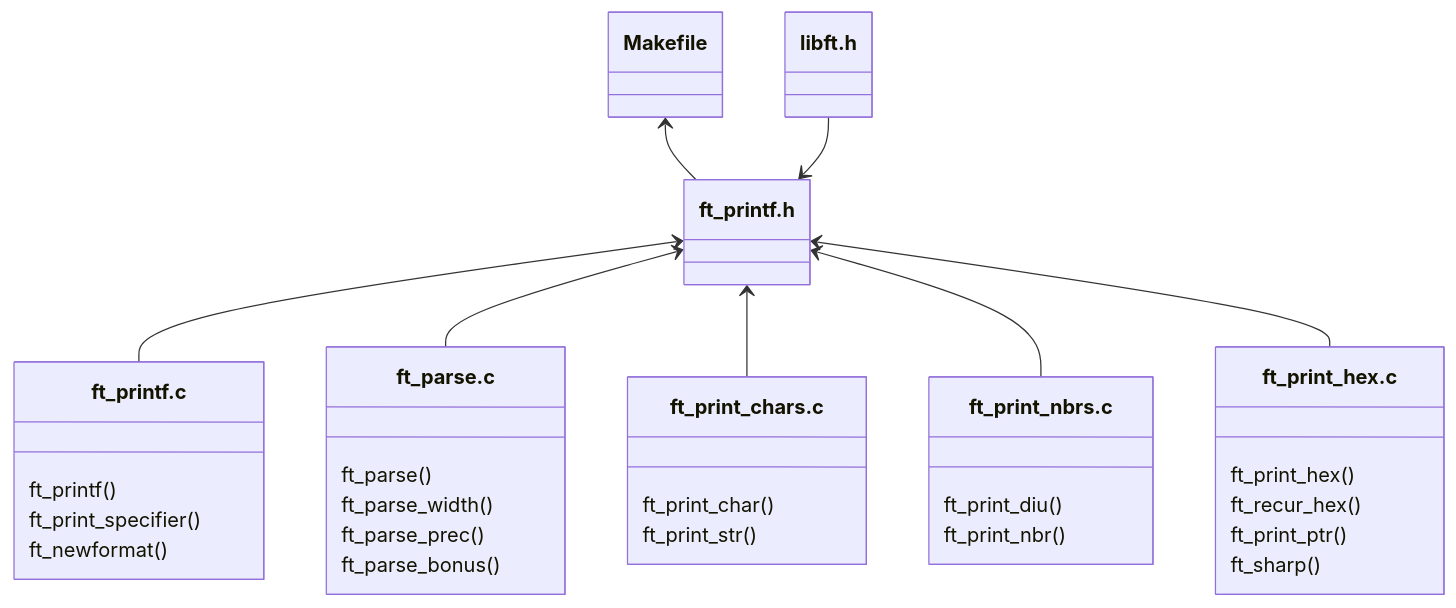
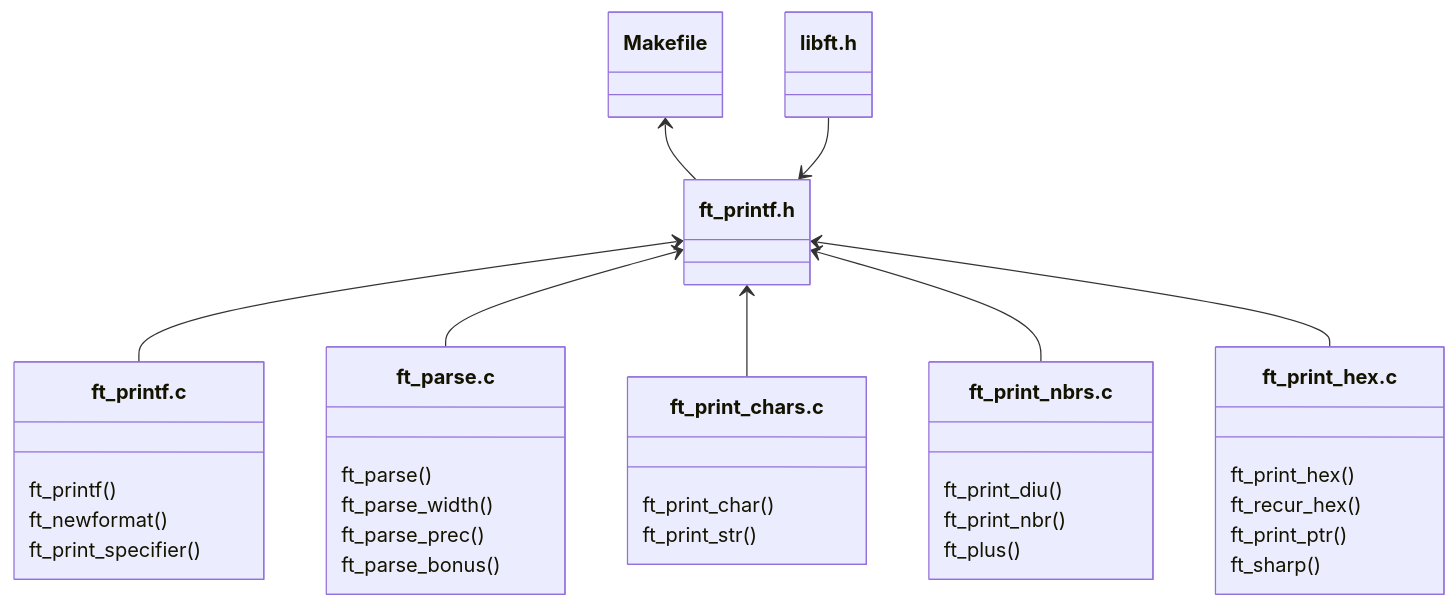
Before and after one commit to PedroZappa/42_ft_printf: the first of 2 diagrams in README.md, drawn with Mermaid.

Commit message:
README.md : updated

````diff
--- a/README.md
+++ b/README.md
@@ -136,36 +136,37 @@
 ```mermaid
 ---
 title ft_printf Structure
 ---
 classDiagram
     class Makefile
     Makefile <-- File0
     class File0["ft_printf.h"]
     class libft["libft.h"]
     File0 <-- File1
     File0 <-- File2
     File0 <-- File3
     File0 <-- File4
     File0 <-- File5
     libft --> File0
     class File1["ft_printf.c"]
     File1 : ft_printf()
+    File1 : ft_newformat()
     File1 : ft_print_specifier()
-    File1 : ft_newformat()
     class File2["ft_parse.c"]
     File2 : ft_parse()
     File2 : ft_parse_width()
     File2 : ft_parse_prec()
     File2 : ft_parse_bonus()
     class File3["ft_print_chars.c"]
     File3 : ft_print_char()
     File3 : ft_print_str()
     class File4["ft_print_nbrs.c"]
     File4 : ft_print_diu()
     File4 : ft_print_nbr()
+    File4 : ft_plus()
     class File5["ft_print_hex.c"]
     File5 : ft_print_hex()
     File5 : ft_recur_hex()
     File5 : ft_print_ptr()
     File5 : ft_sharp()
 ```
````
